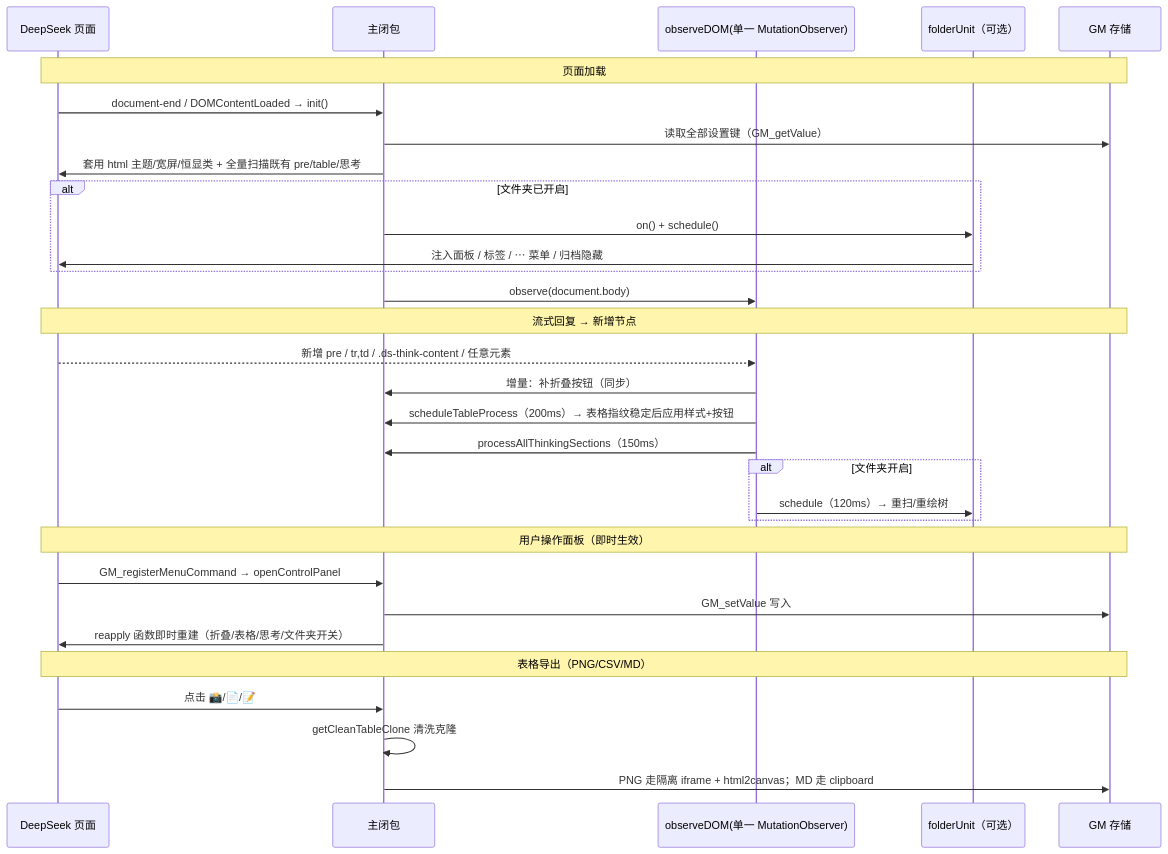
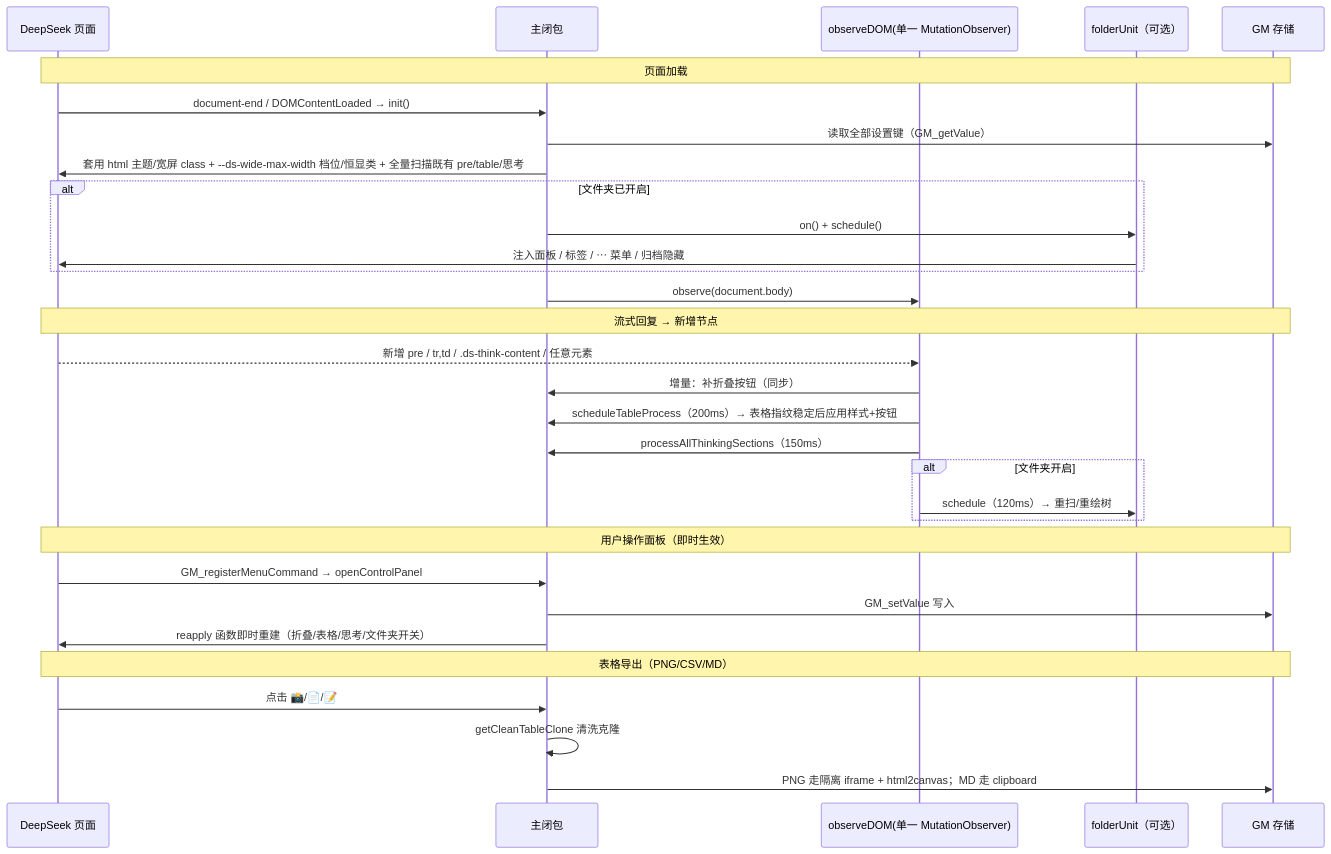
The second of 4 diagrams in MAP.md (Chuc-Jie/deepseektool), drawn with Mermaid before and after one commit. The commit also changed other lines of this file and 4 other files, not shown here.

````diff
--- a/MAP.md
+++ b/MAP.md
@@ -373,37 +392,37 @@
 ```mermaid
 sequenceDiagram
     participant P as DeepSeek 页面
     participant M as 主闭包
     participant O as observeDOM(单一 MutationObserver)
     participant F as folderUnit（可选）
     participant G as GM 存储
 
     Note over P,G: 页面加载
     P->>M: document-end / DOMContentLoaded → init()
     M->>G: 读取全部设置键（GM_getValue）
-    M->>P: 套用 html 主题/宽屏/恒显类 + 全量扫描既有 pre/table/思考
+    M->>P: 套用 html 主题/宽屏 class + --ds-wide-max-width 档位/恒显类 + 全量扫描既有 pre/table/思考
     alt 文件夹已开启
         M->>F: on() + schedule()
         F->>P: 注入面板 / 标签 / ⋯ 菜单 / 归档隐藏
     end
     M->>O: observe(document.body)
 
     Note over P,G: 流式回复 → 新增节点
     P-->>O: 新增 pre / tr,td / .ds-think-content / 任意元素
     O->>M: 增量：补折叠按钮（同步）
     O->>M: scheduleTableProcess（200ms）→ 表格指纹稳定后应用样式+按钮
     O->>M: processAllThinkingSections（150ms）
     alt 文件夹开启
         O->>F: schedule（120ms）→ 重扫/重绘树
     end
 
     Note over P,G: 用户操作面板（即时生效）
     P->>M: GM_registerMenuCommand → openControlPanel
     M->>G: GM_setValue 写入
     M->>P: reapply 函数即时重建（折叠/表格/思考/文件夹开关）
 
     Note over P,G: 表格导出（PNG/CSV/MD）
     P->>M: 点击 📸/📄/📝
     M->>M: getCleanTableClone 清洗克隆
     M->>G: PNG 走隔离 iframe + html2canvas；MD 走 clipboard
 ```
````
